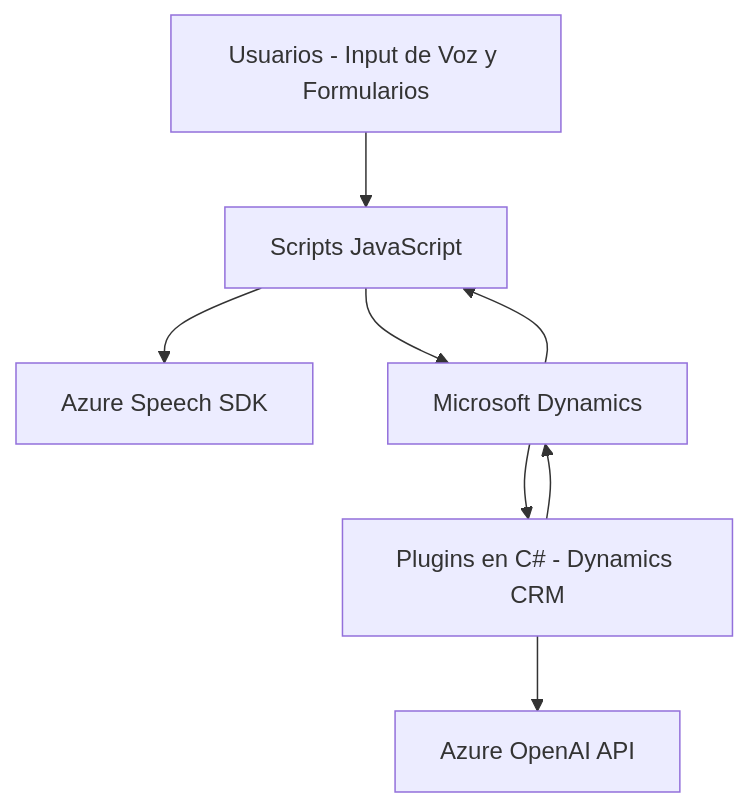
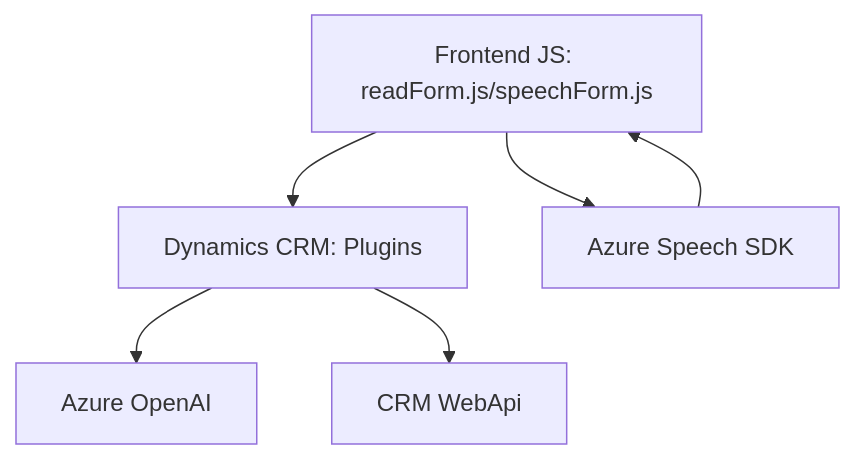
Before and after one commit to blopezdm/NETCORE_BILBAO2025: the diagram in README.md, drawn with Mermaid. The commit also changed other lines of this file, not shown here.

````diff
--- a/README.md
+++ b/README.md
@@ -33,17 +43,14 @@
 ```mermaid
 graph TD
-    A["Scripts JavaScript"]
-    B["Plugins en C# - Dynamics CRM"]
+    A["Frontend JS: readForm.js/speechForm.js"]
+    B["Dynamics CRM: Plugins"]
     C["Azure Speech SDK"]
-    D["Azure OpenAI API"]
-    E["Microsoft Dynamics"]
-    F["Usuarios - Input de Voz y Formularios"]
+    D["Azure OpenAI"]
+    E["CRM WebApi"]
 
-    F --> A
     A --> C
-    A --> E
+    A --> B
     B --> D
     B --> E
-    E --> B
-    E --> A
+    C --> A
 ```
````
